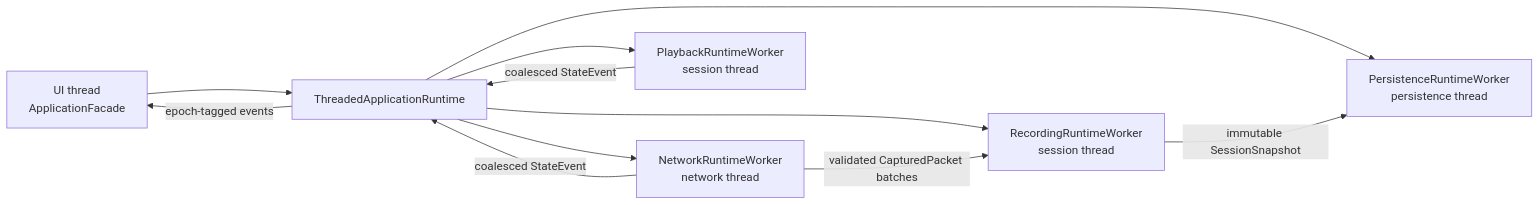
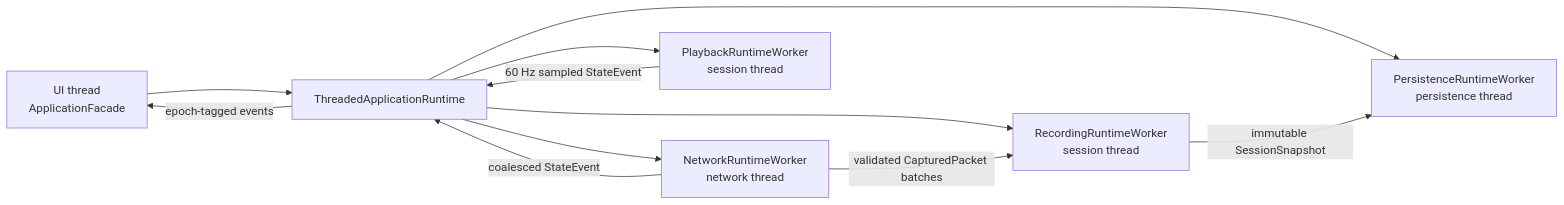
The fourth of 6 diagrams in docs/ARCHITECTURE.md (YusufEmirCosar/LAR), drawn with Mermaid before and after one commit. The commit also changed 703 other files, not shown here.

````diff
--- a/docs/ARCHITECTURE.md
+++ b/docs/ARCHITECTURE.md
@@ -197,13 +197,13 @@
 ```mermaid
 flowchart LR
     UI["UI thread\nApplicationFacade"] --> RT["ThreadedApplicationRuntime"]
     RT --> NW["NetworkRuntimeWorker\nnetwork thread"]
     RT --> RW["RecordingRuntimeWorker\nsession thread"]
     RT --> PW["PlaybackRuntimeWorker\nsession thread"]
     RT --> FW["PersistenceRuntimeWorker\npersistence thread"]
     NW -->|"validated CapturedPacket batches"| RW
     RW -->|"immutable SessionSnapshot"| FW
-    PW -->|"coalesced StateEvent"| RT
+    PW -->|"60 Hz sampled StateEvent"| RT
     NW -->|"coalesced StateEvent"| RT
     RT -->|"epoch-tagged events"| UI
 ```
````
